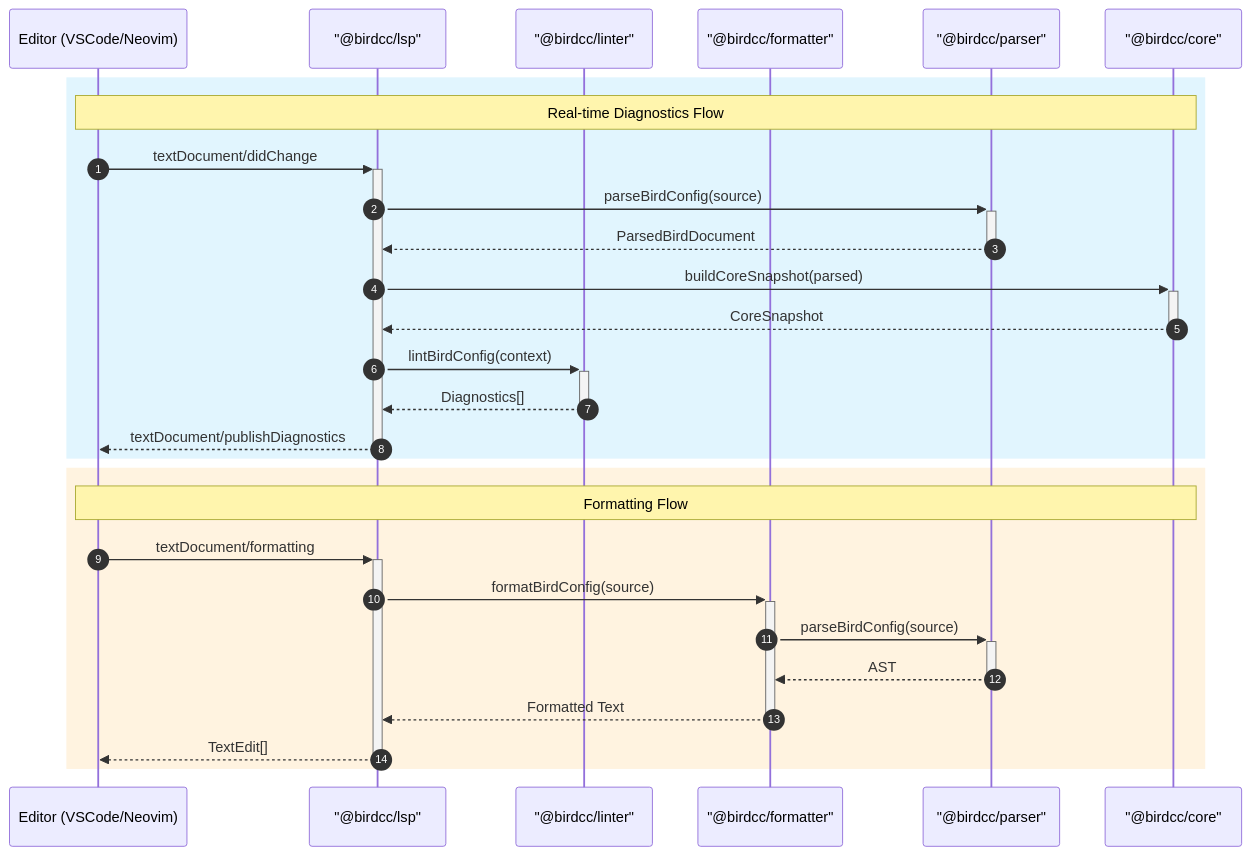
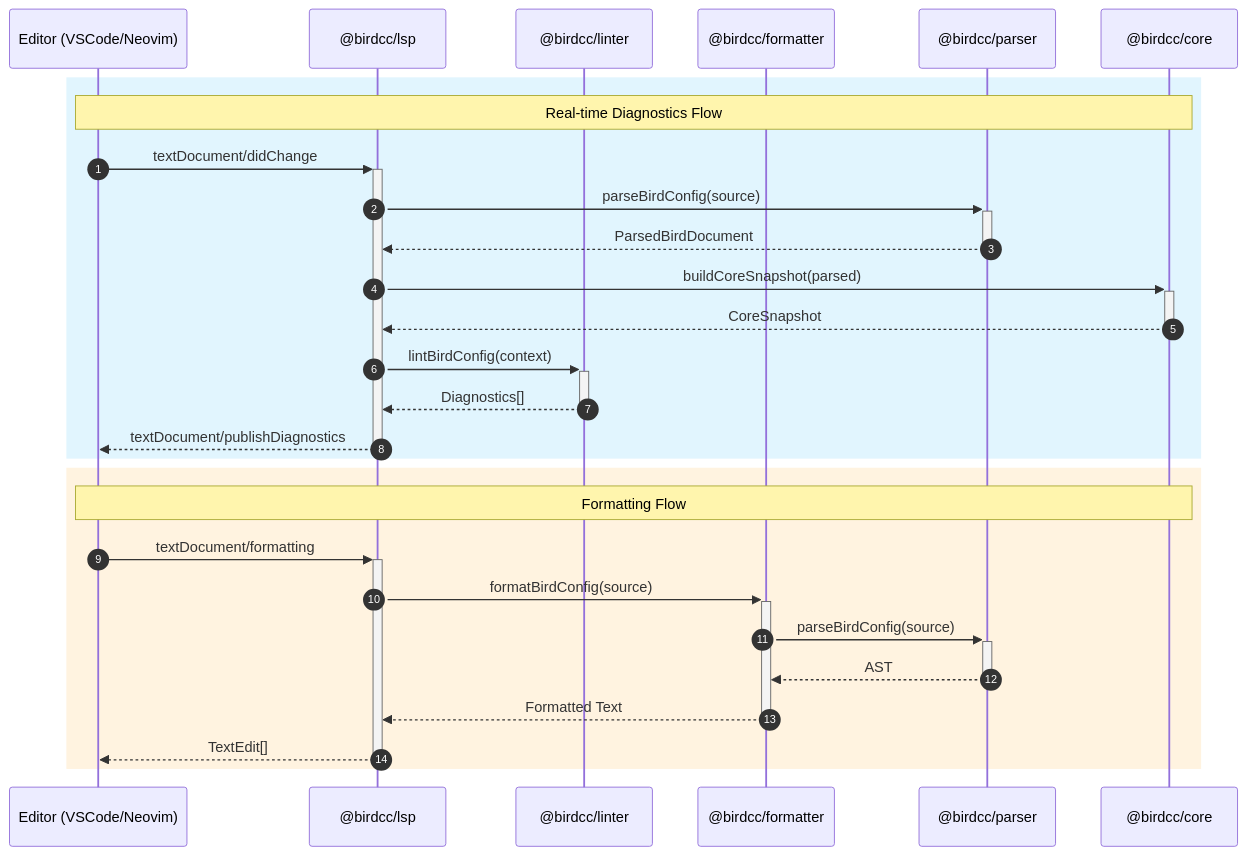
One commit to bird-chinese-community/BIRD-LSP changed the first of 2 diagrams in README.md. Above: the diagram before and after it, drawn with Mermaid. The commit also changed 5 other files, not shown here.

Commit message:
fix(docs): Fix mermaid diagrams failing on GitHub

````diff
--- a/README.md
+++ b/README.md
@@ -124,32 +124,32 @@
 ```mermaid
 sequenceDiagram
     autonumber
     participant Editor as Editor (VSCode/Neovim)
-    participant LSP as "@birdcc/lsp"
-    participant Linter as "@birdcc/linter"
-    participant Formatter as "@birdcc/formatter"
-    participant Parser as "@birdcc/parser"
-    participant Core as "@birdcc/core"
+    participant LSP as @birdcc/lsp
+    participant Linter as @birdcc/linter
+    participant Formatter as @birdcc/formatter
+    participant Parser as @birdcc/parser
+    participant Core as @birdcc/core
 
     rect rgb(225, 245, 254)
         Note over Editor,Core: Real-time Diagnostics Flow
         Editor->>+LSP: textDocument/didChange
         LSP->>+Parser: parseBirdConfig(source)
         Parser-->>-LSP: ParsedBirdDocument
         LSP->>+Core: buildCoreSnapshot(parsed)
         Core-->>-LSP: CoreSnapshot
         LSP->>+Linter: lintBirdConfig(context)
         Linter-->>-LSP: Diagnostics[]
         LSP-->>-Editor: textDocument/publishDiagnostics
     end
 
     rect rgb(255, 243, 224)
         Note over Editor,Core: Formatting Flow
         Editor->>+LSP: textDocument/formatting
         LSP->>+Formatter: formatBirdConfig(source)
         Formatter->>+Parser: parseBirdConfig(source)
         Parser-->>-Formatter: AST
         Formatter-->>-LSP: Formatted Text
         LSP-->>-Editor: TextEdit[]
     end
 ```
````
